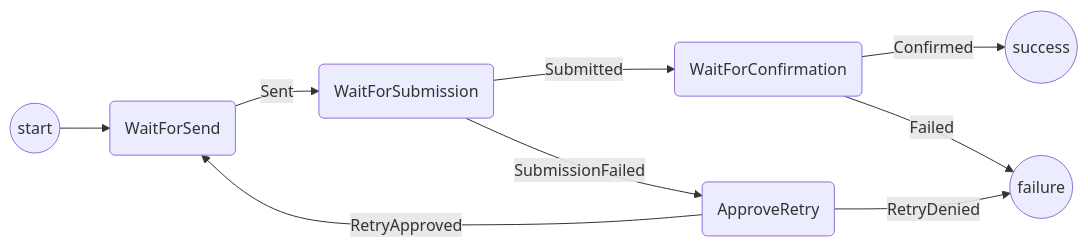
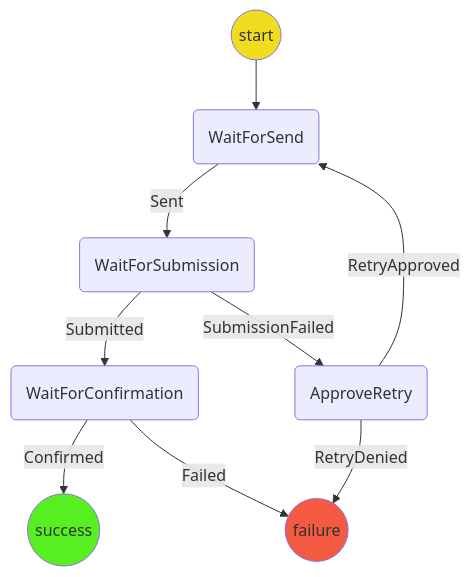
One commit to statechannels/statechannels changed the diagram in packages/wallet/packages/wallet/src/redux/protocols/transaction-submission/readme.md. Above: the diagram before and after it, drawn with Mermaid. The commit also changed 158 other files, not shown here.

````diff
--- a/packages/wallet/packages/wallet/src/redux/protocols/transaction-submission/readme.md
+++ b/packages/wallet/packages/wallet/src/redux/protocols/transaction-submission/readme.md
@@ -21,11 +21,20 @@
 ```mermaid
-graph LR
+graph TD
+linkStyle default interpolate basis
   S((start)) --> WFSE(WaitForSend)
   WFSE --> |Sent| WFS(WaitForSubmission)
   WFS --> |Submitted| WFC(WaitForConfirmation)
   WFS --> |SubmissionFailed| AR(ApproveRetry)
   AR --> |RetryApproved| WFSE
   AR --> |RetryDenied| F((failure))
   WFC --> |Confirmed| SS((success))
   WFC --> |Failed| F
+
+  classDef logic fill:#efdd20;
+  classDef Success fill:#58ef21;
+  classDef Failure fill:#f45941;
+  classDef WaitForChildProtocol stroke:#333,stroke-width:4px,color:#ffff,fill:#333;
+  class S logic;
+  class SS Success;
+  class F Failure;
 ```
````
